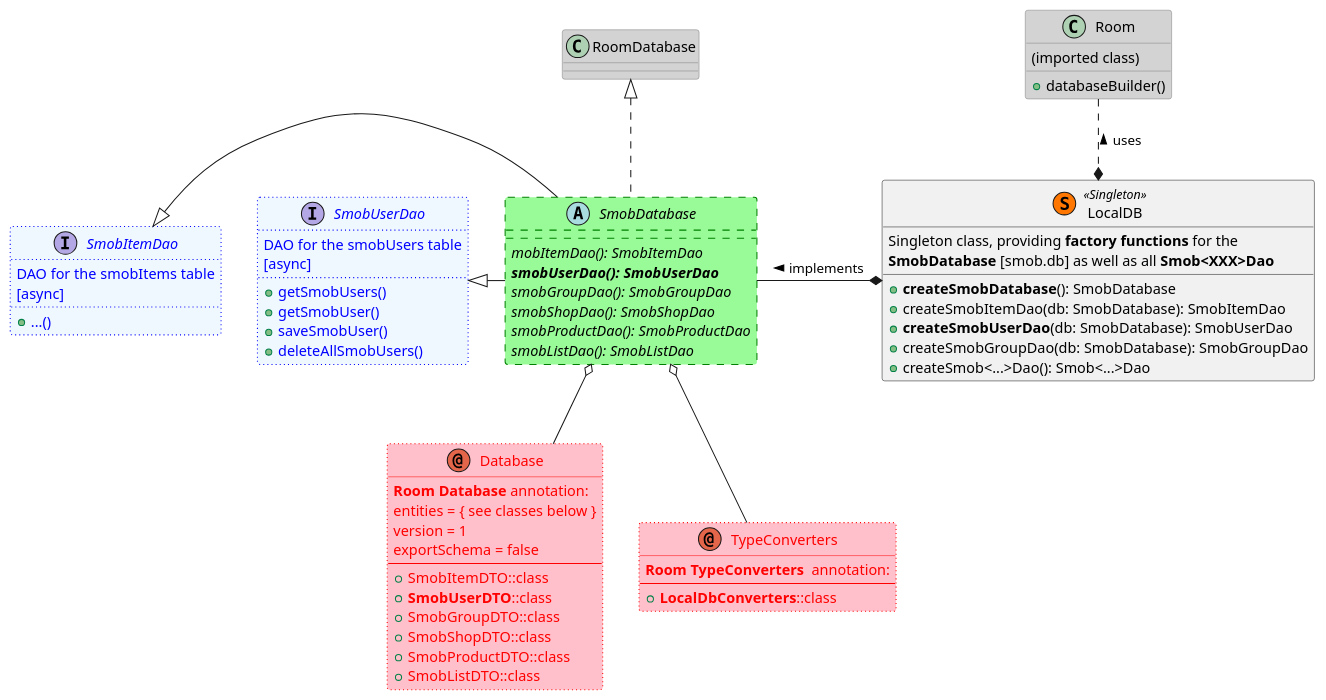
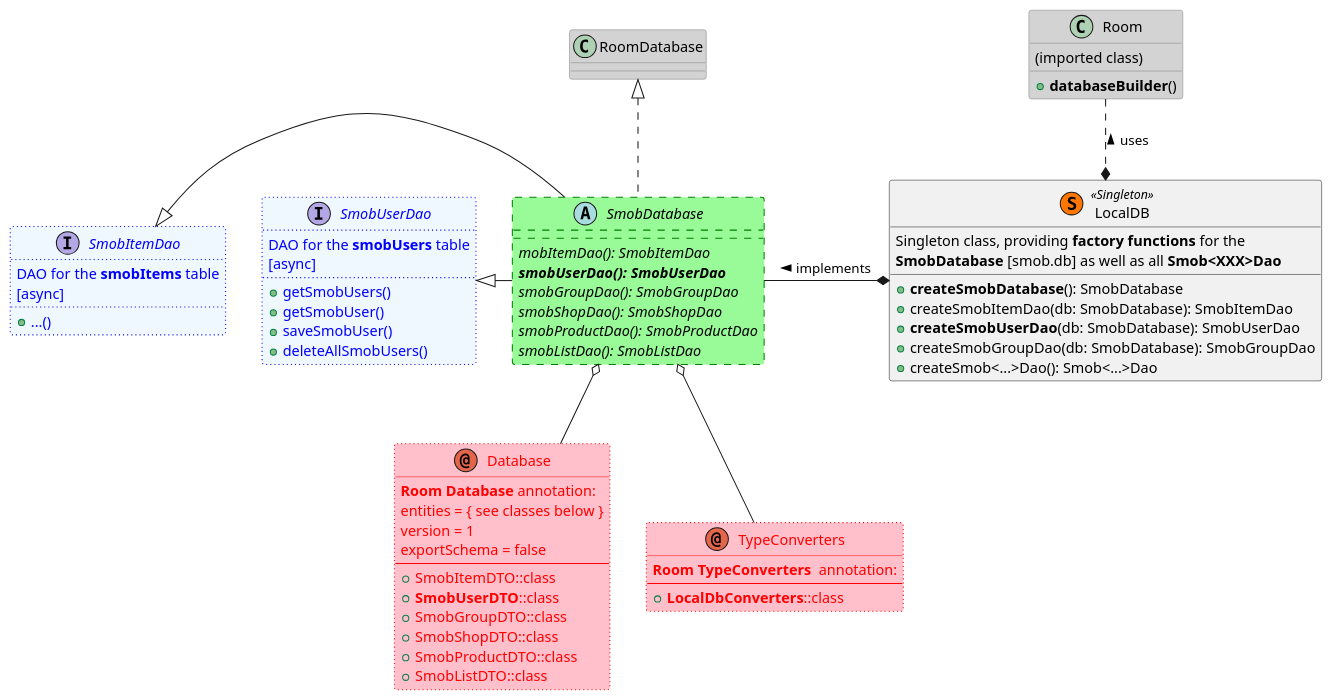
The diagram in doc/puml/localDB.puml (fwornle/ShopMob), drawn with PlantUML before and after one commit. The commit also changed 2 other files, not shown here.

Commit message:
UML for repo refined

```diff
--- a/doc/puml/localDB.puml
+++ b/doc/puml/localDB.puml
@@ -1,76 +1,76 @@
 @startuml
 annotation Database #pink;line:red;line.dotted;text:red {
     **Room Database** annotation:
     entities = { see classes below }
     version = 1
     exportSchema = false
     ---
   +SmobItemDTO::class
   +**SmobUserDTO**::class
   +SmobGroupDTO::class
   +SmobShopDTO::class
   +SmobProductDTO::class
   +SmobListDTO::class
 }
 
 annotation TypeConverters #pink;line:red;line.dotted;text:red {
     **Room TypeConverters ** annotation:
     ---
   +**LocalDbConverters**::class
 }
 
 interface SmobUserDao #aliceblue;line:blue;line.dotted;text:blue {
-  DAO for the smobUsers table
+  DAO for the **smobUsers** table
   [async]
   +getSmobUsers()
   +getSmobUser()
   +saveSmobUser()
   +deleteAllSmobUsers()
 }
 
 interface SmobItemDao #aliceblue;line:blue;line.dotted;text:blue {
-  DAO for the smobItems table
+  DAO for the **smobItems** table
   [async]
   +...()
 }
 
 abstract SmobDatabase #palegreen ##[dashed]green implements RoomDatabase {
   {abstract} mobItemDao(): SmobItemDao
   {abstract} **smobUserDao(): SmobUserDao**
   {abstract} smobGroupDao(): SmobGroupDao
   {abstract} smobShopDao(): SmobShopDao
   {abstract} smobProductDao(): SmobProductDao
   {abstract} smobListDao(): SmobListDao
 }
 
 class RoomDatabase #lightgray ##gray
 
 class LocalDB << (S,#FF7700) Singleton >> {
   Singleton class, providing **factory functions** for the
   **SmobDatabase** [smob.db] as well as all **Smob<XXX>Dao**
 
   +**createSmobDatabase**(): SmobDatabase
   +createSmobItemDao(db: SmobDatabase): SmobItemDao
   +**createSmobUserDao**(db: SmobDatabase): SmobUserDao
   +createSmobGroupDao(db: SmobDatabase): SmobGroupDao
   +createSmob<...>Dao(): Smob<...>Dao
 }
 
 class Room #lightgray ##gray {
  {field} (imported class)
- + databaseBuilder()
+ + **databaseBuilder**()
  }
 
 LocalDB *-left- SmobDatabase : implements >
 LocalDB *.up. Room : uses >
 
 together {
 SmobDatabase o-down- Database
 SmobDatabase o-down- TypeConverters
 }
 
 together {
     SmobDatabase -left-|> SmobUserDao
     SmobDatabase -left-|> SmobItemDao
 }
 @enduml
```
